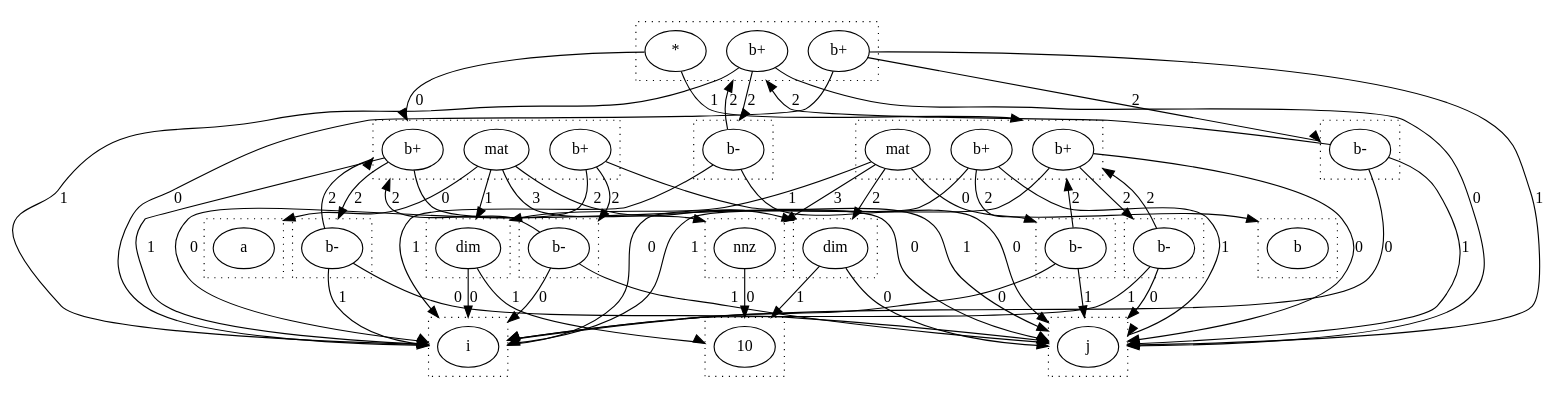
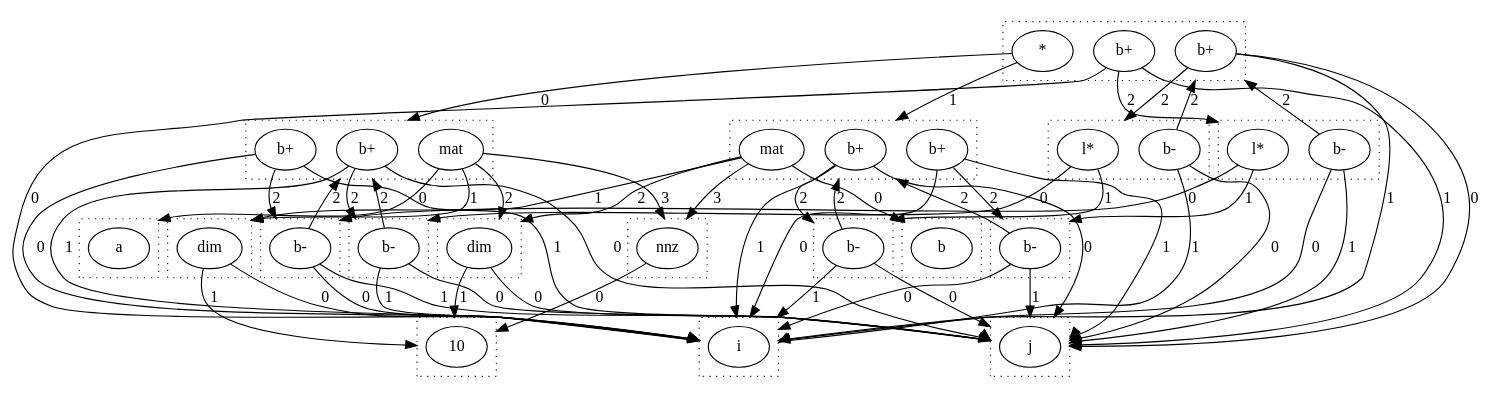
One commit to wormhole-optimization/warp changed the diagram in dots/rabind.dot. Above: the diagram before and after it, drawn with Graphviz. The commit also changed 6 other files, not shown here.

```diff
--- a/dots/rabind.dot
+++ b/dots/rabind.dot
@@ -1,128 +1,134 @@
 digraph {
   compound=true
   subgraph cluster_0 {
     style=dotted
     0.0[label = "a"]
   }
   subgraph cluster_1 {
     style=dotted
     1.0[label = "i"]
   }
   subgraph cluster_2 {
     style=dotted
     2.0[label = "10"]
   }
   subgraph cluster_3 {
     style=dotted
     3.0[label = "dim"]
   }
   subgraph cluster_4 {
     style=dotted
     4.0[label = "j"]
   }
   subgraph cluster_5 {
     style=dotted
     5.0[label = "dim"]
   }
   subgraph cluster_6 {
     style=dotted
     6.0[label = "nnz"]
   }
   subgraph cluster_7 {
     style=dotted
     7.0[label = "b+"]
     7.1[label = "mat"]
     7.2[label = "b+"]
   }
   subgraph cluster_8 {
     style=dotted
     8.0[label = "b"]
   }
   subgraph cluster_9 {
     style=dotted
     9.0[label = "b+"]
     9.1[label = "mat"]
     9.2[label = "b+"]
   }
   subgraph cluster_10 {
     style=dotted
     10.0[label = "b+"]
     10.1[label = "*"]
     10.2[label = "b+"]
   }
   subgraph cluster_11 {
     style=dotted
     11.0[label = "b-"]
   }
   subgraph cluster_13 {
     style=dotted
     13.0[label = "b-"]
   }
   subgraph cluster_15 {
     style=dotted
     15.0[label = "b-"]
   }
   subgraph cluster_17 {
     style=dotted
     17.0[label = "b-"]
   }
   subgraph cluster_19 {
     style=dotted
-    19.0[label = "b-"]
+    19.0[label = "l*"]
+    19.1[label = "b-"]
   }
   subgraph cluster_21 {
     style=dotted
-    21.0[label = "b-"]
+    21.0[label = "l*"]
+    21.1[label = "b-"]
   }
   3.0 -> 1.0 [lhead = cluster_1, label = 0]
   3.0 -> 2.0 [lhead = cluster_2, label = 1]
   5.0 -> 4.0 [lhead = cluster_4, label = 0]
   5.0 -> 2.0 [lhead = cluster_2, label = 1]
   6.0 -> 2.0 [lhead = cluster_2, label = 0]
   7.0 -> 4.0 [lhead = cluster_4, label = 0]
   7.0 -> 1.0 [lhead = cluster_1, label = 1]
   7.0 -> 13.0 [lhead = cluster_13, label = 2]
   7.1 -> 0.0 [lhead = cluster_0, label = 0]
   7.1 -> 3.0 [lhead = cluster_3, label = 1]
   7.1 -> 5.0 [lhead = cluster_5, label = 2]
   7.1 -> 6.0 [lhead = cluster_6, label = 3]
   7.2 -> 1.0 [lhead = cluster_1, label = 0]
   7.2 -> 4.0 [lhead = cluster_4, label = 1]
   7.2 -> 11.0 [lhead = cluster_11, label = 2]
   9.0 -> 4.0 [lhead = cluster_4, label = 0]
   9.0 -> 1.0 [lhead = cluster_1, label = 1]
   9.0 -> 17.0 [lhead = cluster_17, label = 2]
   9.1 -> 8.0 [lhead = cluster_8, label = 0]
   9.1 -> 3.0 [lhead = cluster_3, label = 1]
   9.1 -> 5.0 [lhead = cluster_5, label = 2]
   9.1 -> 6.0 [lhead = cluster_6, label = 3]
   9.2 -> 1.0 [lhead = cluster_1, label = 0]
   9.2 -> 4.0 [lhead = cluster_4, label = 1]
   9.2 -> 15.0 [lhead = cluster_15, label = 2]
   10.0 -> 4.0 [lhead = cluster_4, label = 0]
   10.0 -> 1.0 [lhead = cluster_1, label = 1]
   10.0 -> 21.0 [lhead = cluster_21, label = 2]
   10.1 -> 7.0 [lhead = cluster_7, label = 0]
   10.1 -> 9.0 [lhead = cluster_9, label = 1]
   10.2 -> 1.0 [lhead = cluster_1, label = 0]
   10.2 -> 4.0 [lhead = cluster_4, label = 1]
   10.2 -> 19.0 [lhead = cluster_19, label = 2]
   11.0 -> 1.0 [lhead = cluster_1, label = 0]
   11.0 -> 4.0 [lhead = cluster_4, label = 1]
   11.0 -> 7.0 [lhead = cluster_7, label = 2]
   13.0 -> 4.0 [lhead = cluster_4, label = 0]
   13.0 -> 1.0 [lhead = cluster_1, label = 1]
   13.0 -> 7.0 [lhead = cluster_7, label = 2]
   15.0 -> 1.0 [lhead = cluster_1, label = 0]
   15.0 -> 4.0 [lhead = cluster_4, label = 1]
   15.0 -> 9.0 [lhead = cluster_9, label = 2]
   17.0 -> 4.0 [lhead = cluster_4, label = 0]
   17.0 -> 1.0 [lhead = cluster_1, label = 1]
   17.0 -> 9.0 [lhead = cluster_9, label = 2]
-  19.0 -> 1.0 [lhead = cluster_1, label = 0]
-  19.0 -> 4.0 [lhead = cluster_4, label = 1]
-  19.0 -> 10.0 [lhead = cluster_10, label = 2]
-  21.0 -> 4.0 [lhead = cluster_4, label = 0]
-  21.0 -> 1.0 [lhead = cluster_1, label = 1]
-  21.0 -> 10.0 [lhead = cluster_10, label = 2]
+  19.0 -> 11.0 [lhead = cluster_11, label = 0]
+  19.0 -> 15.0 [lhead = cluster_15, label = 1]
+  19.1 -> 1.0 [lhead = cluster_1, label = 0]
+  19.1 -> 4.0 [lhead = cluster_4, label = 1]
+  19.1 -> 10.0 [lhead = cluster_10, label = 2]
+  21.0 -> 13.0 [lhead = cluster_13, label = 0]
+  21.0 -> 17.0 [lhead = cluster_17, label = 1]
+  21.1 -> 4.0 [lhead = cluster_4, label = 0]
+  21.1 -> 1.0 [lhead = cluster_1, label = 1]
+  21.1 -> 10.0 [lhead = cluster_10, label = 2]
 }
```
